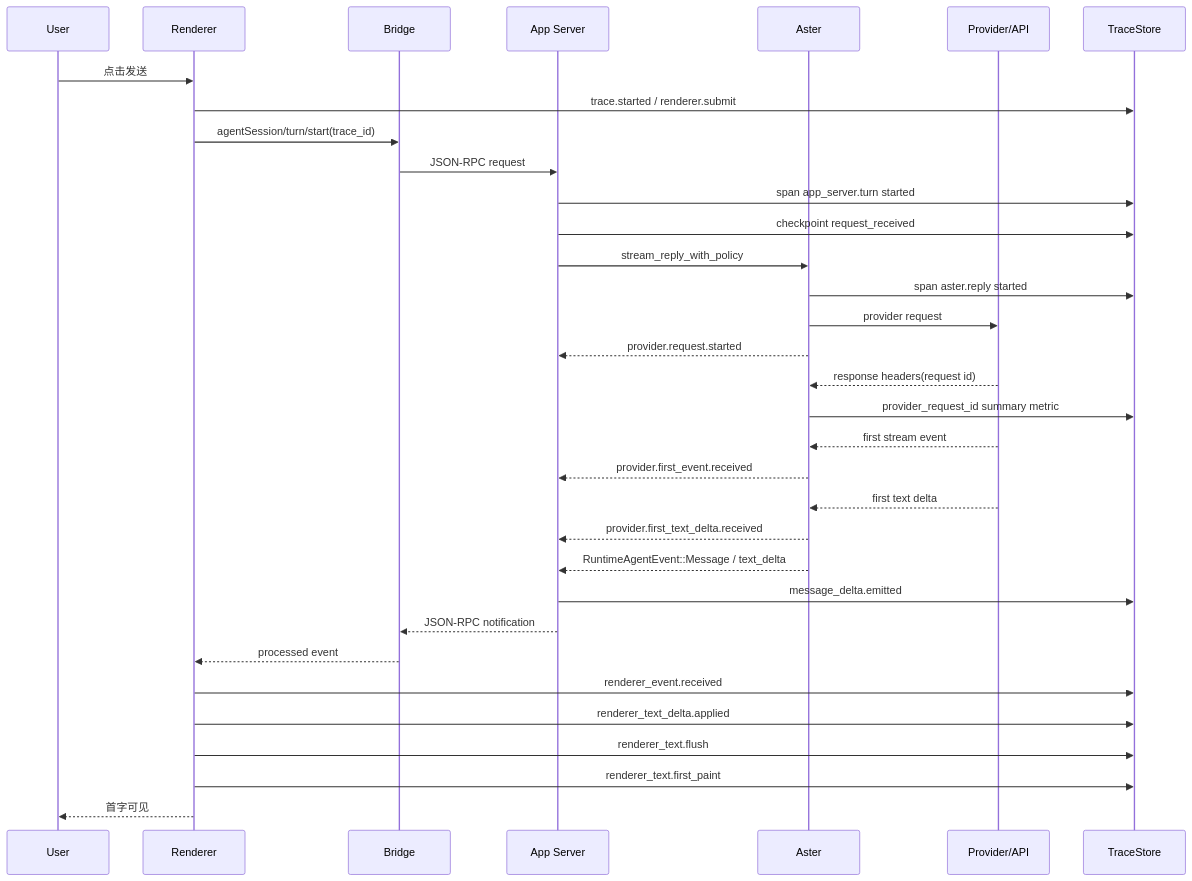
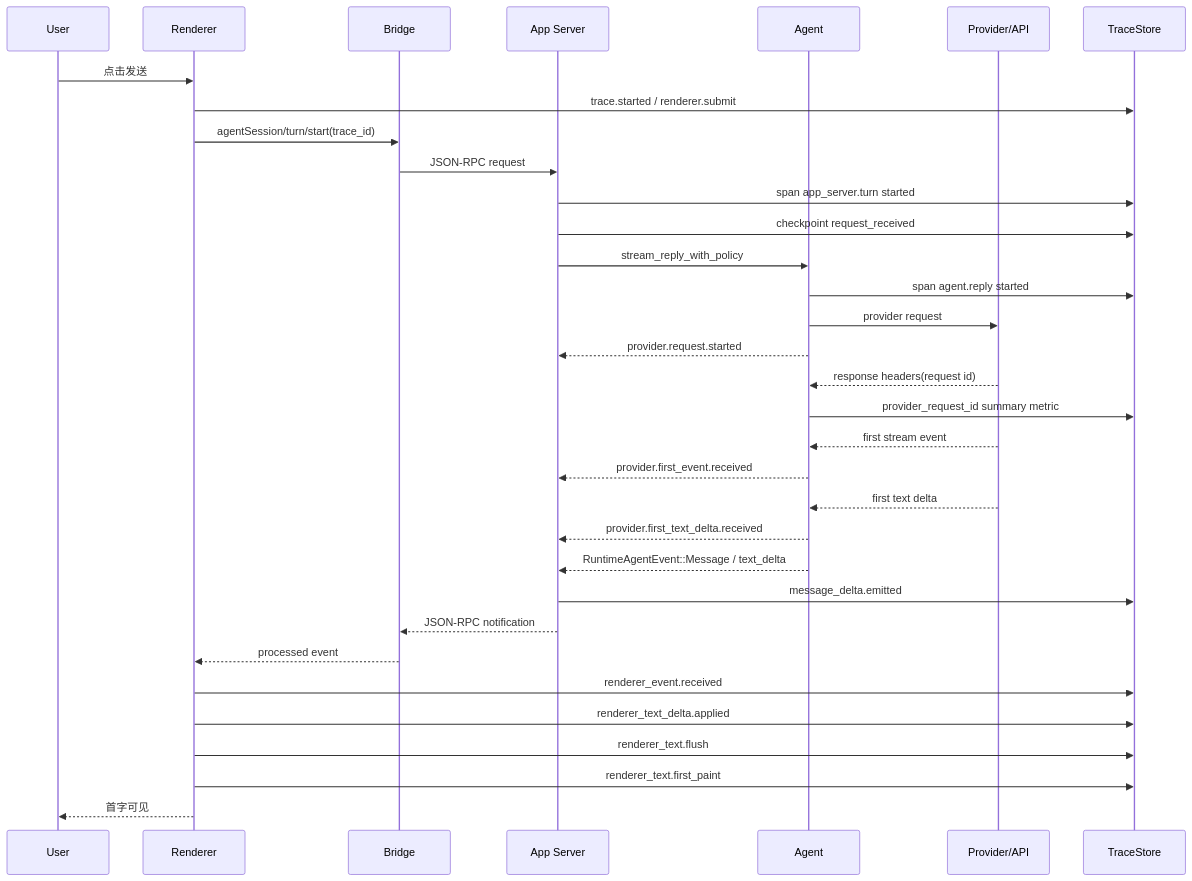
One commit to jiujuan/lime changed the second of 4 diagrams in internal/roadmap/trace/diagrams.md. Above: the diagram before and after it, drawn with Mermaid. The commit also changed other lines of this file and 975 other files, not shown here.

````diff
--- a/internal/roadmap/trace/diagrams.md
+++ b/internal/roadmap/trace/diagrams.md
@@ -48,36 +48,36 @@
 ```mermaid
 sequenceDiagram
   participant U as User
   participant R as Renderer
   participant B as Bridge
   participant S as App Server
-  participant A as Aster
+  participant A as Agent
   participant P as Provider/API
   participant T as TraceStore
 
   U->>R: 点击发送
   R->>T: trace.started / renderer.submit
   R->>B: agentSession/turn/start(trace_id)
   B->>S: JSON-RPC request
   S->>T: span app_server.turn started
   S->>T: checkpoint request_received
   S->>A: stream_reply_with_policy
-  A->>T: span aster.reply started
+  A->>T: span agent.reply started
   A->>P: provider request
   A-->>S: provider.request.started
   P-->>A: response headers(request id)
   A->>T: provider_request_id summary metric
   P-->>A: first stream event
   A-->>S: provider.first_event.received
   P-->>A: first text delta
   A-->>S: provider.first_text_delta.received
   A-->>S: RuntimeAgentEvent::Message / text_delta
   S->>T: message_delta.emitted
   S-->>B: JSON-RPC notification
   B-->>R: processed event
   R->>T: renderer_event.received
   R->>T: renderer_text_delta.applied
   R->>T: renderer_text.flush
   R->>T: renderer_text.first_paint
   R-->>U: 首字可见
 ```
````
